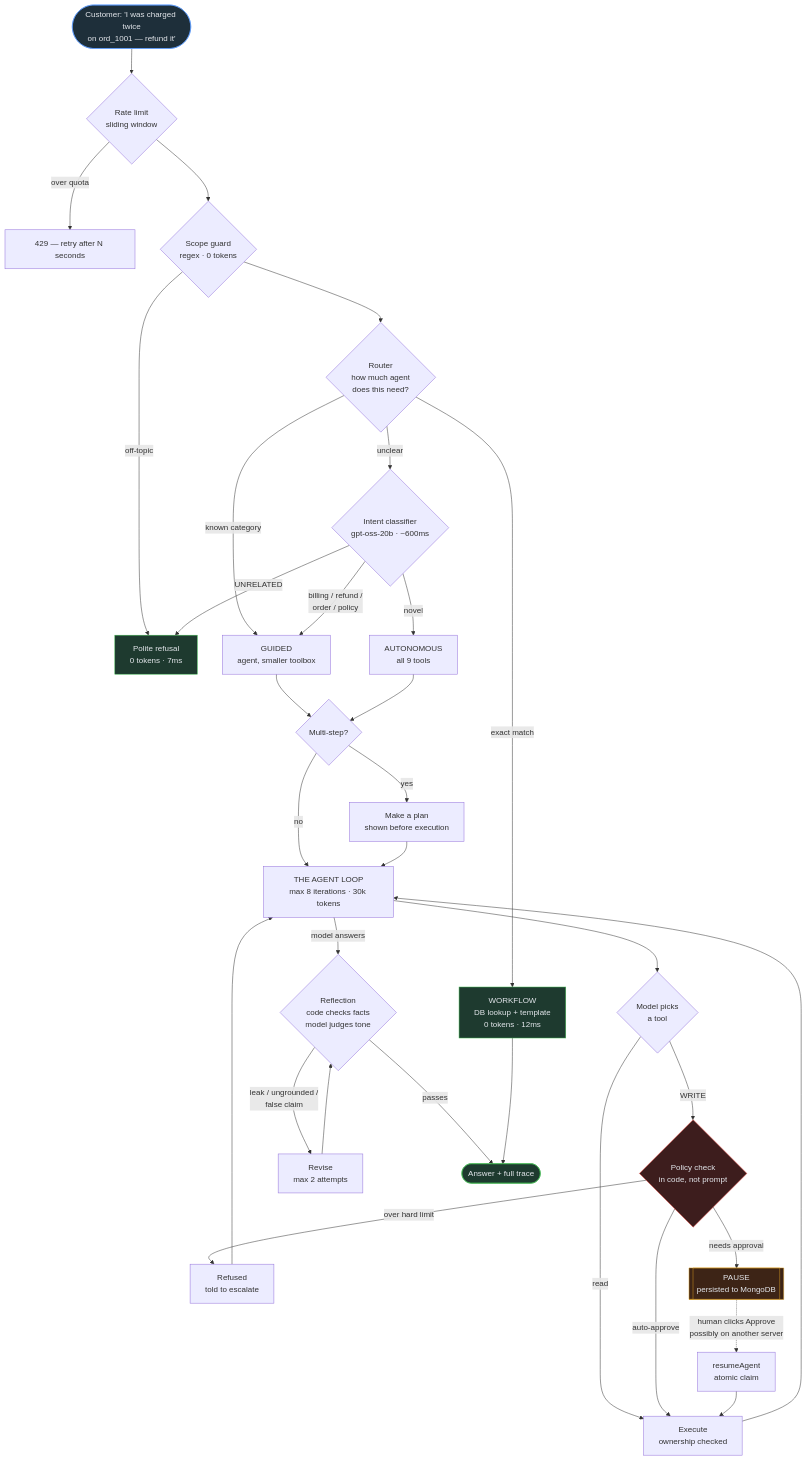
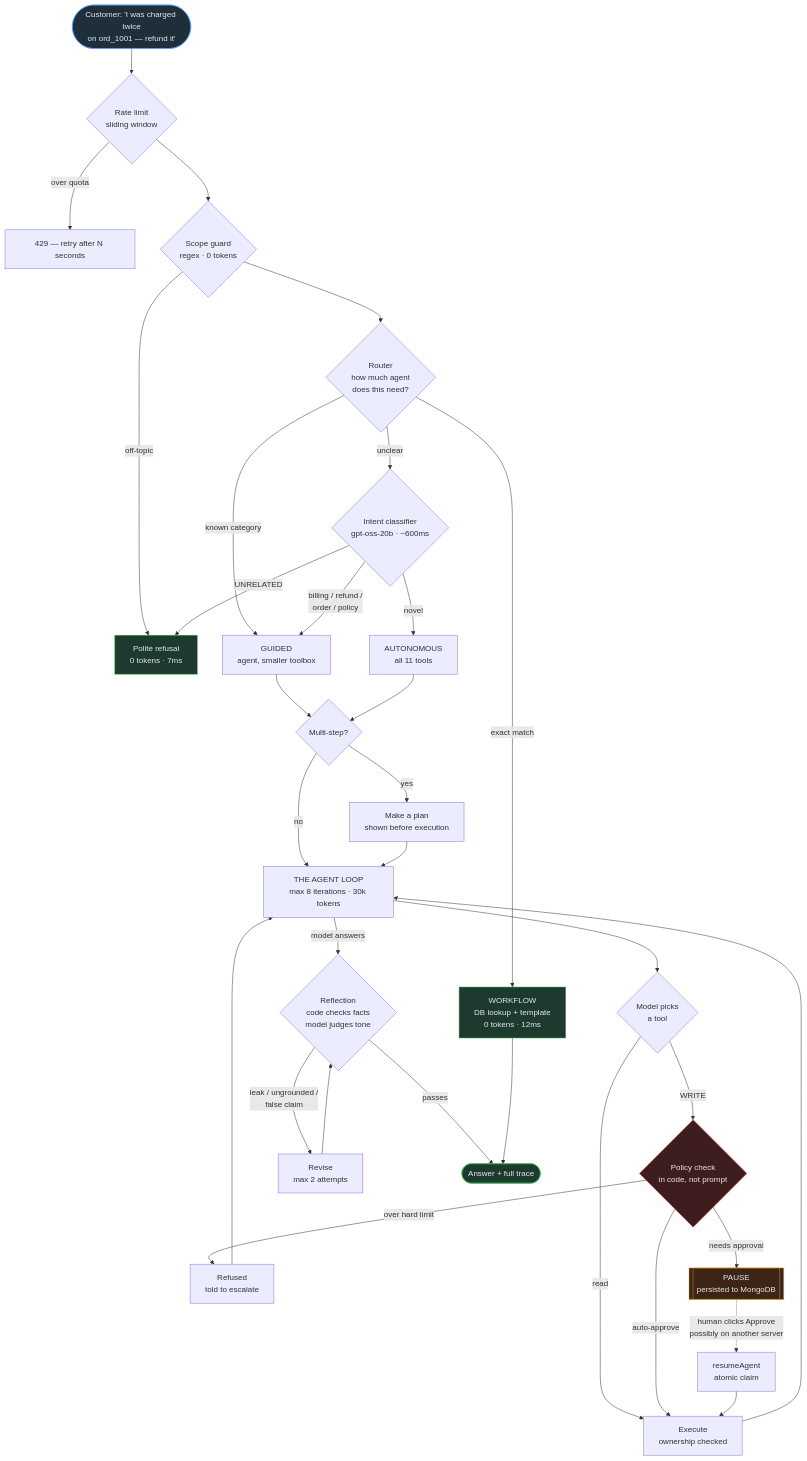
One commit to Akshay-professor/helpdesk-copilot changed the first of 3 diagrams in README.md. Above: the diagram before and after it, drawn with Mermaid. The commit also changed other lines of this file and 44 other files, not shown here.

````diff
--- a/README.md
+++ b/README.md
@@ -58,57 +58,57 @@
 ```mermaid
 flowchart TD
     U(["Customer: 'I was charged twice<br/>on ord_1001 — refund it'"])
 
     U --> RL{"Rate limit<br/>sliding window"}
     RL -->|"over quota"| REJ["429 — retry after N seconds"]
 
     RL --> SCOPE{"Scope guard<br/>regex · 0 tokens"}
     SCOPE -->|"off-topic"| REFUSE["Polite refusal<br/>0 tokens · 7ms"]
 
     SCOPE --> ROUTE{"Router<br/>how much agent<br/>does this need?"}
 
     ROUTE -->|"exact match"| WF["WORKFLOW<br/>DB lookup + template<br/>0 tokens · 12ms"]
     ROUTE -->|"known category"| GU["GUIDED<br/>agent, smaller toolbox"]
     ROUTE -->|"unclear"| IC{"Intent classifier<br/>gpt-oss-20b · ~600ms"}
 
     IC -->|"UNRELATED"| REFUSE
     IC -->|"billing / refund /<br/>order / policy"| GU
-    IC -->|"novel"| AU["AUTONOMOUS<br/>all 9 tools"]
+    IC -->|"novel"| AU["AUTONOMOUS<br/>all 11 tools"]
 
     GU --> PLAN{"Multi-step?"}
     AU --> PLAN
     PLAN -->|"yes"| MKPLAN["Make a plan<br/>shown before execution"]
     PLAN -->|"no"| LOOP
     MKPLAN --> LOOP
 
     LOOP["THE AGENT LOOP<br/>max 8 iterations · 30k tokens"]
 
     LOOP --> TOOL{"Model picks<br/>a tool"}
     TOOL -->|"read"| EXEC["Execute<br/>ownership checked"]
     TOOL -->|"WRITE"| POL{"Policy check<br/>in code, not prompt"}
 
     POL -->|"over hard limit"| REFUSED["Refused<br/>told to escalate"]
     POL -->|"needs approval"| PAUSE[["PAUSE<br/>persisted to MongoDB"]]
     POL -->|"auto-approve"| EXEC
 
     PAUSE -.->|"human clicks Approve<br/>possibly on another server"| RESUME["resumeAgent<br/>atomic claim"]
     RESUME --> EXEC
 
     EXEC --> LOOP
     REFUSED --> LOOP
 
     LOOP -->|"model answers"| REFLECT{"Reflection<br/>code checks facts<br/>model judges tone"}
 
     REFLECT -->|"leak / ungrounded /<br/>false claim"| REVISE["Revise<br/>max 2 attempts"]
     REVISE --> REFLECT
 
     REFLECT -->|"passes"| OUT(["Answer + full trace"])
     WF --> OUT
 
     style U fill:#1e2f3a,stroke:#5b9dff,color:#e4e7ec
     style OUT fill:#1e3a2f,stroke:#3fb950,color:#e4e7ec
     style PAUSE fill:#3d2416,stroke:#d29922,color:#e4e7ec
     style POL fill:#3d1d1d,stroke:#f85149,color:#e4e7ec
     style REFUSE fill:#1e3a2f,stroke:#3fb950,color:#e4e7ec
     style WF fill:#1e3a2f,stroke:#3fb950,color:#e4e7ec
 ```
````
